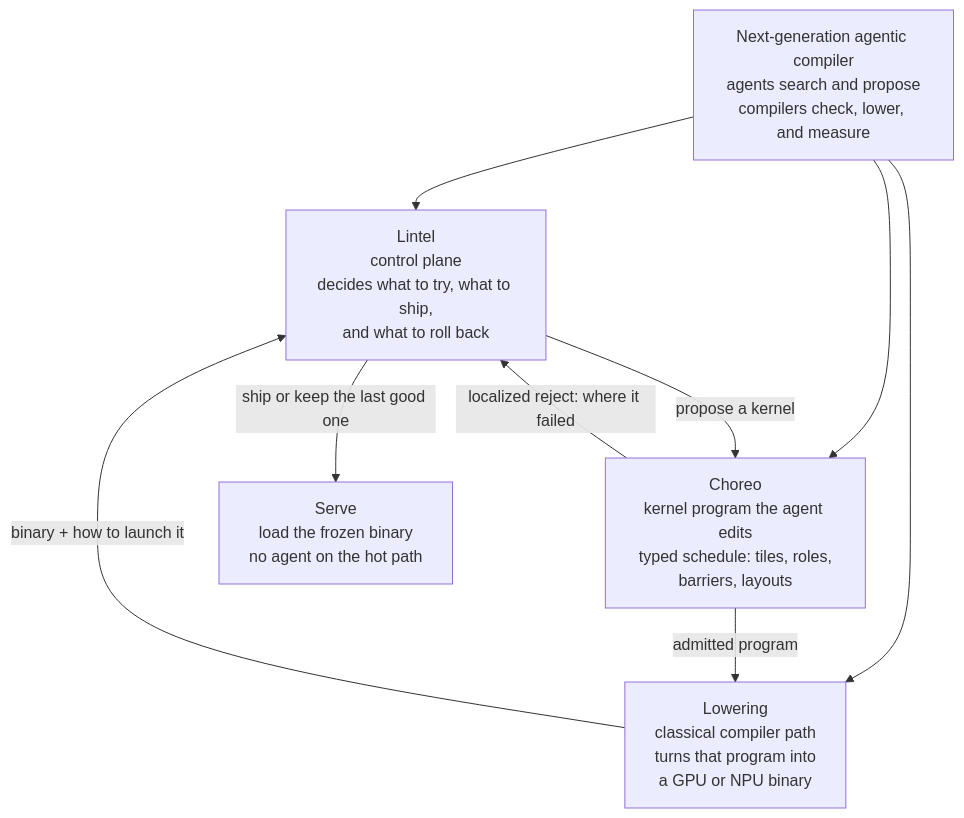
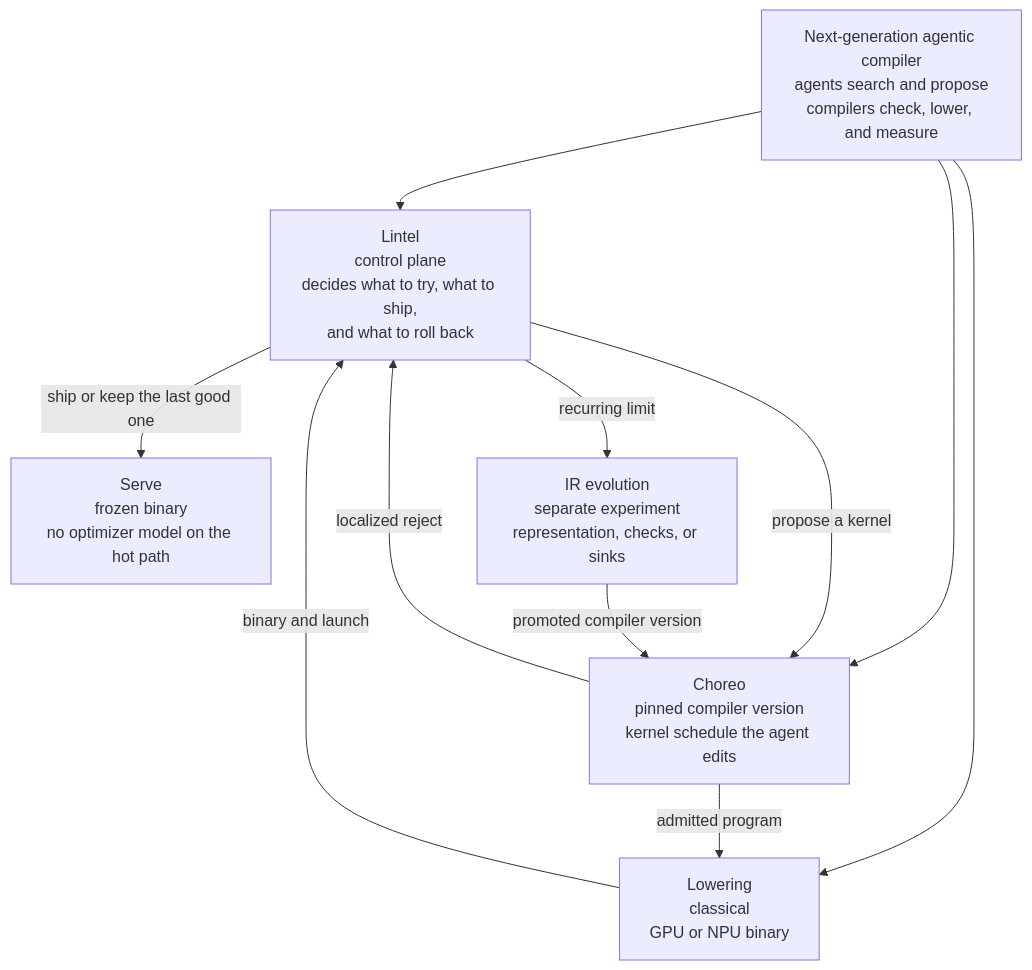
The diagram in goals/agentic-compiler.md (zackc6/choreo), drawn with Mermaid before and after one commit. The commit also changed other lines of this file and 9 other files, not shown here.

````diff
--- a/goals/agentic-compiler.md
+++ b/goals/agentic-compiler.md
@@ -24,19 +45,22 @@
 ```mermaid
 flowchart TB
   GOAL["Next-generation agentic compiler<br/>agents search and propose<br/>compilers check, lower, and measure"]
 
   LINTEL["Lintel<br/>control plane<br/>decides what to try, what to ship,<br/>and what to roll back"]
-  CHOREO["Choreo<br/>kernel program the agent edits<br/>typed schedule: tiles, roles,<br/>barriers, layouts"]
-  LOWER["Lowering<br/>classical compiler path<br/>turns that program into<br/>a GPU or NPU binary"]
-  SERVE["Serve<br/>load the frozen binary<br/>no agent on the hot path"]
+  CHOREO["Choreo<br/>pinned compiler version<br/>kernel schedule the agent edits"]
+  LOWER["Lowering<br/>classical<br/>GPU or NPU binary"]
+  SERVE["Serve<br/>frozen binary<br/>no optimizer model on the hot path"]
+  EVOLVE["IR evolution<br/>separate experiment<br/>representation, checks, or sinks"]
 
   GOAL --> LINTEL
   GOAL --> CHOREO
   GOAL --> LOWER
 
   LINTEL -->|"propose a kernel"| CHOREO
-  CHOREO -->|"localized reject: where it failed"| LINTEL
+  CHOREO -->|"localized reject"| LINTEL
   CHOREO -->|"admitted program"| LOWER
-  LOWER -->|"binary + how to launch it"| LINTEL
+  LOWER -->|"binary and launch"| LINTEL
   LINTEL -->|"ship or keep the last good one"| SERVE
+  LINTEL -->|"recurring limit"| EVOLVE
+  EVOLVE -->|"promoted compiler version"| CHOREO
 ```
````
